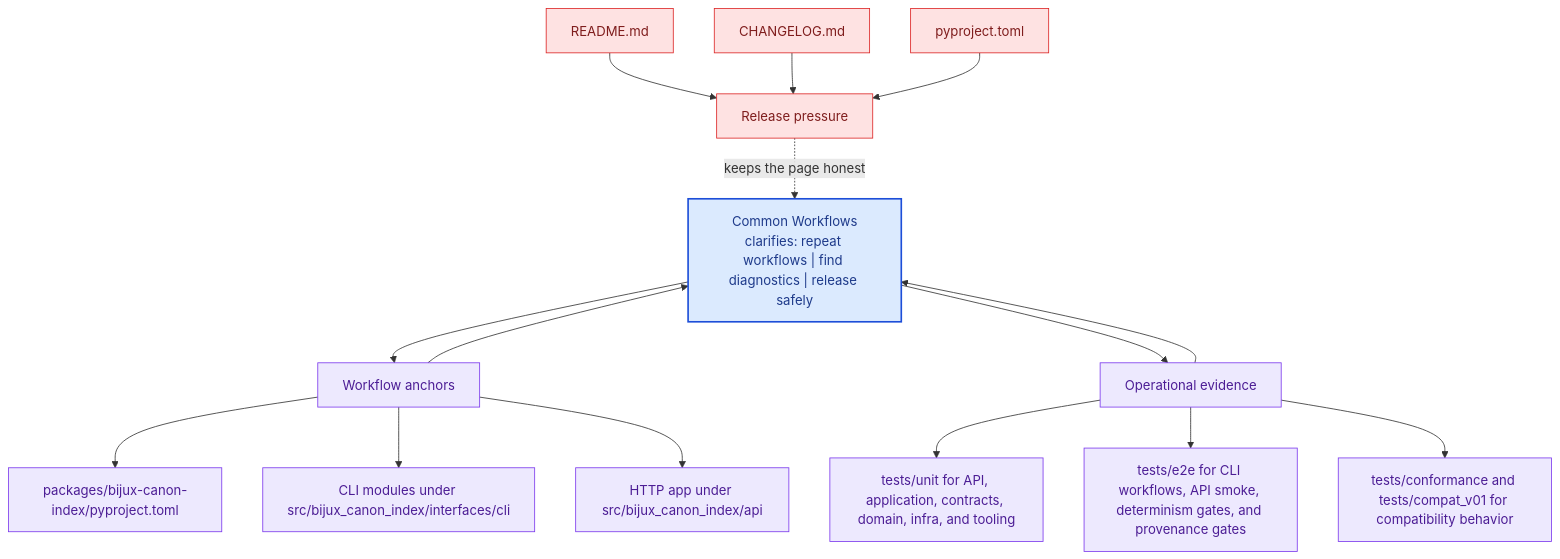
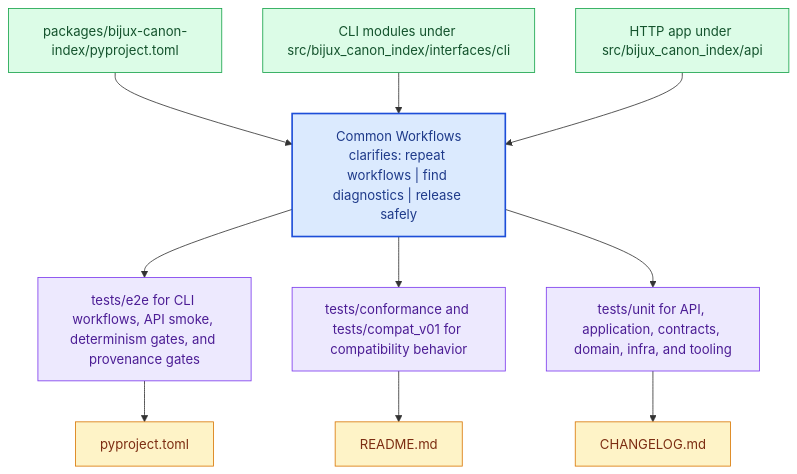
Before and after one commit to bijux/bijux-canon: the diagram in docs/bijux-canon-index/operations/common-workflows.md, drawn with Mermaid. The commit also changed other lines of this file and 281 other files, not shown here.

Commit message:
docs(diagrams): replace repeated mermaid scaffolds with page-specific summaries

````diff
--- a/docs/bijux-canon-index/operations/common-workflows.md
+++ b/docs/bijux-canon-index/operations/common-workflows.md
@@ -67,41 +22,31 @@
 ```mermaid
 flowchart TB
-    promise["Common Workflows<br/>clarifies: repeat workflows | find diagnostics | release safely"]
-    classDef promise fill:#dbeafe,stroke:#1d4ed8,color:#1e3a8a,stroke-width:2px;
-    classDef driver fill:#dcfce7,stroke:#16a34a,color:#14532d;
-    classDef constraint fill:#fee2e2,stroke:#dc2626,color:#7f1d1d;
-    classDef ground fill:#ede9fe,stroke:#7c3aed,color:#4c1d95;
-    focus1["Workflow anchors"]
-    focus1 --> promise
-    promise --> focus1
-    focus1_1["packages/bijux-canon-index/pyproject.toml"]
-    focus1 --> focus1_1
-    focus1_2["CLI modules under src/bijux_canon_index/interfaces/cli"]
-    focus1 --> focus1_2
-    focus1_3["HTTP app under src/bijux_canon_index/api"]
-    focus1 --> focus1_3
-    class focus1 ground;
-    class focus1_1,focus1_2,focus1_3 ground;
-    focus2["Operational evidence"]
-    focus2 --> promise
-    promise --> focus2
-    focus2_1["tests/unit for API, application, contracts, domain, infra, and tooling"]
-    focus2 --> focus2_1
-    focus2_2["tests/e2e for CLI workflows, API smoke, determinism gates, and provenance gates"]
-    focus2 --> focus2_2
-    focus2_3["tests/conformance and tests/compat_v01 for compatibility behavior"]
-    focus2 --> focus2_3
-    class focus2 ground;
-    class focus2_1,focus2_2,focus2_3 ground;
-    focus3["Release pressure"]
-    focus3 -.keeps the page honest.-> promise
-    focus3_1["README.md"]
-    focus3_1 --> focus3
-    focus3_2["CHANGELOG.md"]
-    focus3_2 --> focus3
-    focus3_3["pyproject.toml"]
-    focus3_3 --> focus3
-    class focus3 constraint;
-    class focus3_1,focus3_2,focus3_3 constraint;
-    class promise promise;
+    page["Common Workflows<br/>clarifies: repeat workflows | find diagnostics | release safely"]
+    classDef page fill:#dbeafe,stroke:#1d4ed8,color:#1e3a8a,stroke-width:2px;
+    classDef positive fill:#dcfce7,stroke:#16a34a,color:#14532d;
+    classDef caution fill:#fee2e2,stroke:#dc2626,color:#7f1d1d;
+    classDef anchor fill:#ede9fe,stroke:#7c3aed,color:#4c1d95;
+    classDef action fill:#fef3c7,stroke:#d97706,color:#7c2d12;
+    step1["packages/bijux-canon-index/pyproject.toml"]
+    step1 --> page
+    step2["CLI modules under src/bijux_canon_index/interfaces/cli"]
+    step2 --> page
+    step3["HTTP app under src/bijux_canon_index/api"]
+    step3 --> page
+    run1["tests/e2e for CLI workflows, API smoke, determinism gates, and provenance gates"]
+    page --> run1
+    run2["tests/conformance and tests/compat_v01 for compatibility behavior"]
+    page --> run2
+    run3["tests/unit for API, application, contracts, domain, infra, and tooling"]
+    page --> run3
+    release1["pyproject.toml"]
+    run1 --> release1
+    release2["README.md"]
+    run2 --> release2
+    release3["CHANGELOG.md"]
+    run3 --> release3
+    class page page;
+    class step1,step2,step3 positive;
+    class run1,run2,run3 anchor;
+    class release1,release2,release3 action;
 ```
````
